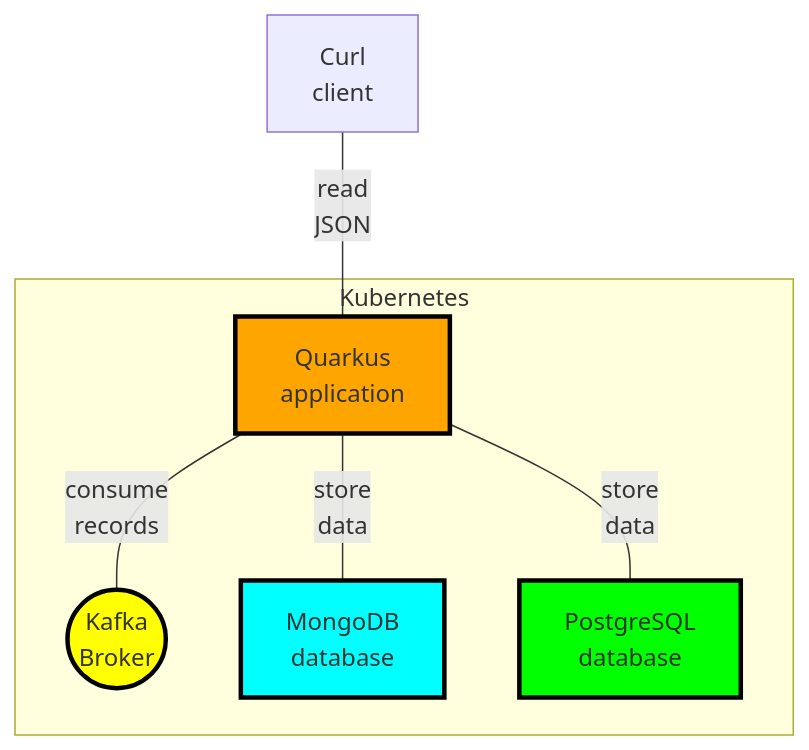
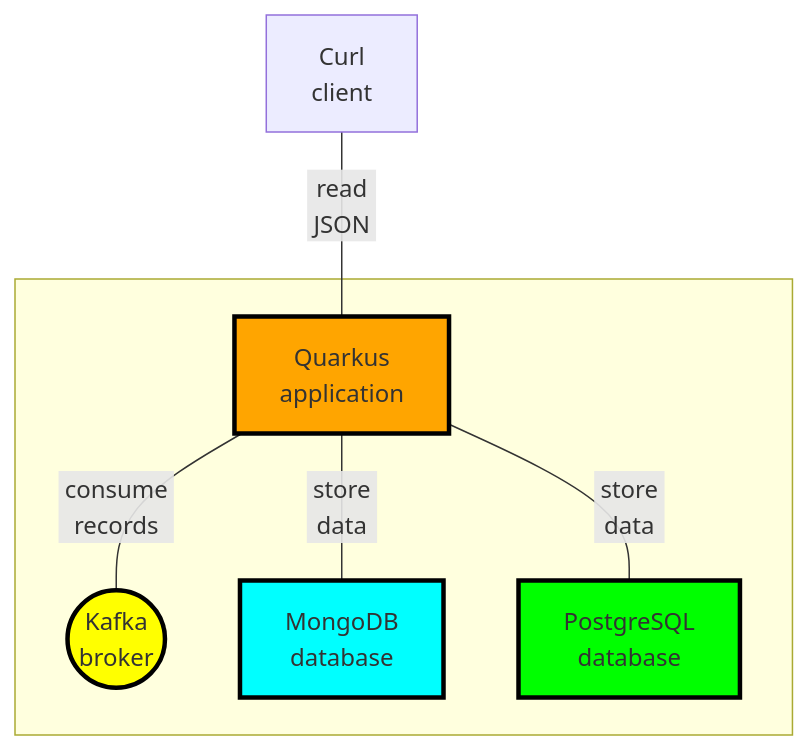
The first of 3 diagrams in docs/mermaid/flowchart.md (k1729p/Study22), drawn with Mermaid before and after one commit. The commit also changed other lines of this file and 225 other files, not shown here.

````diff
--- a/docs/mermaid/flowchart.md
+++ b/docs/mermaid/flowchart.md
@@ -1,26 +1,18 @@
 ```mermaid
 flowchart TB
-CU["Curl
-    client"]
-subgraph "Kubernetes"
-  QU["Quarkus
-      application"]:::orangeBox
-  KA(("Kafka
-      Broker")):::yellowBox
-  MO["MongoDB
-      database"]:::cyanBox
-  PO["PostgreSQL
-      database"]:::greenBox
+CU["Curl<br>client"]
+subgraph " "
+  QU["Quarkus<br>application"]:::orangeBox
+  KA(("Kafka<br>broker")):::yellowBox
+  MO["MongoDB<br>database"]:::cyanBox
+  PO["PostgreSQL<br>database"]:::greenBox
 end
-CU --"read
-      JSON"--- QU
-QU --"consume
-      records"--- KA
-QU --"store
-      data"--- MO & PO
+CU --"&nbsp;read&nbsp;<br>&nbsp;JSON&nbsp;"--- QU
+QU --"&nbsp;consume&nbsp;<br>&nbsp;records&nbsp;"--- KA
+QU --"&nbsp;store&nbsp;<br>&nbsp;data&nbsp;"--- MO & PO
 
 classDef greenBox   fill:#00ff00,stroke:#000,stroke-width:3px
 classDef cyanBox    fill:#00ffff,stroke:#000,stroke-width:3px
 classDef yellowBox  fill:#ffff00,stroke:#000,stroke-width:3px
 classDef orangeBox  fill:#ffa500,stroke:#000,stroke-width:3px
 ```
````
